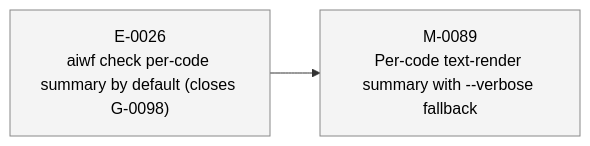
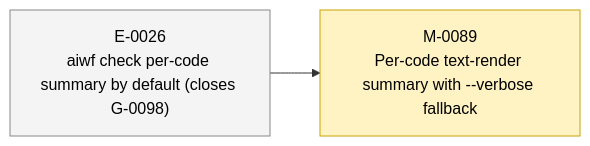
One commit to 23min/aiwf changed the second of 2 diagrams in STATUS.md. Above: the diagram before and after it, drawn with Mermaid. The commit also changed other lines of this file and 1 other file, not shown here.

First line of the commit message:
aiwf promote M-0089 draft -> in_progress

````diff
--- a/STATUS.md
+++ b/STATUS.md
@@ -51,12 +51,12 @@
 ```mermaid
 flowchart LR
   E_0026["E-0026<br/>aiwf check per-code summary by default (closes G-0098)"]:::epic_proposed
-  M_0089["M-0089<br/>Per-code text-render summary with --verbose fallback"]:::ms_draft
+  M_0089["M-0089<br/>Per-code text-render summary with --verbose fallback"]:::ms_in_progress
   E_0026 --> M_0089
   classDef epic_active fill:#d6eaff,stroke:#1a73e8,color:#000
   classDef epic_proposed fill:#f4f4f4,stroke:#888,color:#000
   classDef ms_done fill:#d8f5d8,stroke:#2a8a2a,color:#000
   classDef ms_in_progress fill:#fff3c4,stroke:#caa400,color:#000
   classDef ms_draft fill:#f4f4f4,stroke:#888,color:#000
   classDef ms_cancelled fill:#fbeaea,stroke:#c33,color:#000
 ```
````
